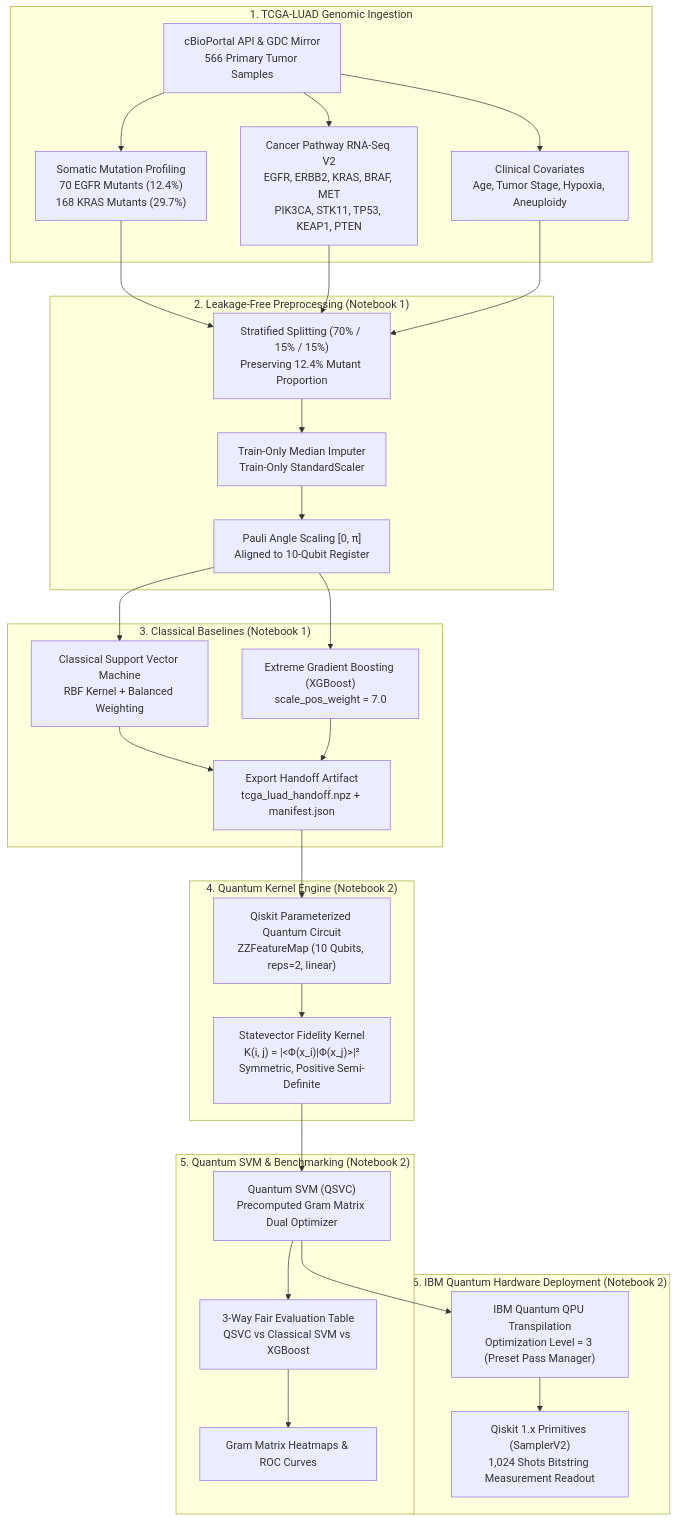
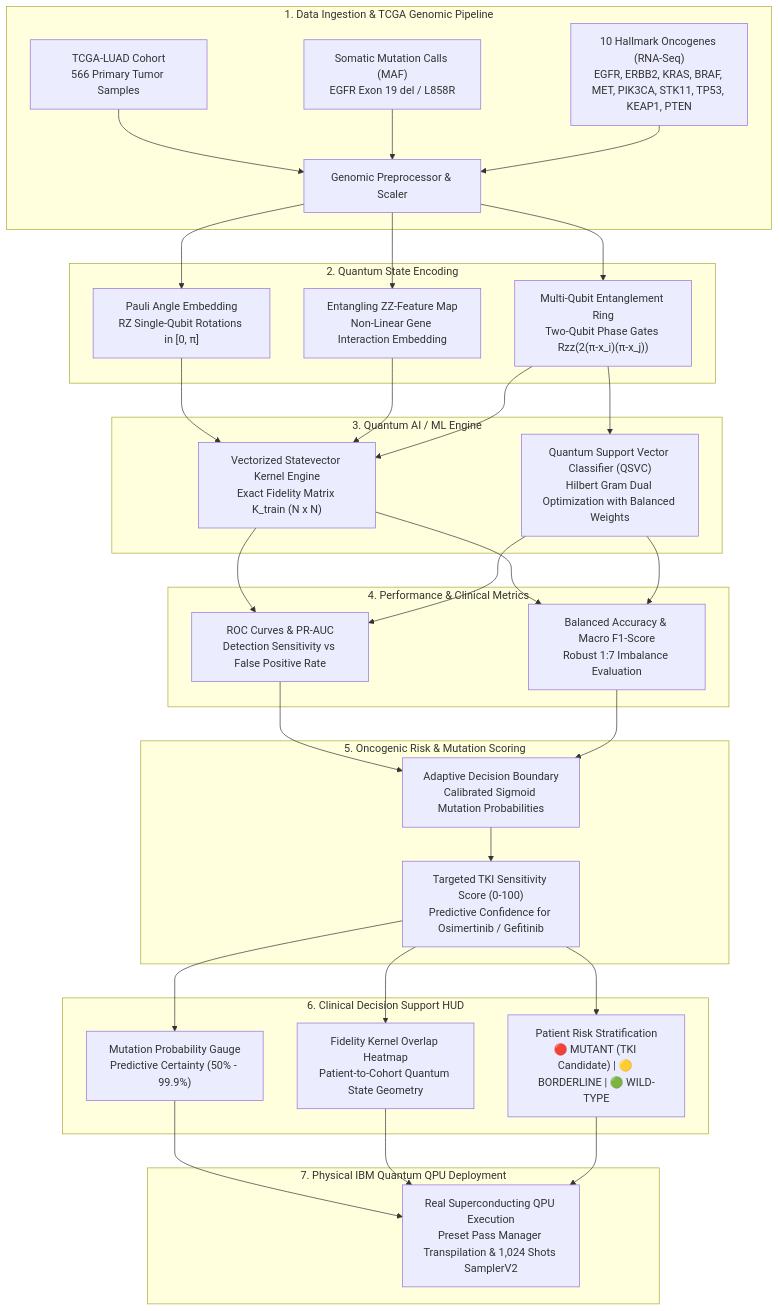
The diagram in README.md (25A31A0356/UC086-Quantum-1), drawn with Mermaid before and after one commit. The commit also changed other lines of this file, not shown here.

Commit message:
docs: restore full 7-stage README structure and format updated for Domain 2

````diff
--- a/README.md
+++ b/README.md
@@ -28,36 +19,39 @@
 ```mermaid
 flowchart TD
-    subgraph S1 ["1. TCGA-LUAD Genomic Ingestion"]
-        A1["cBioPortal API & GDC Mirror\n566 Primary Tumor Samples"] --> B1["Somatic Mutation Profiling\n70 EGFR Mutants (12.4%)\n168 KRAS Mutants (29.7%)"]
-        A1 --> B2["Cancer Pathway RNA-Seq V2\nEGFR, ERBB2, KRAS, BRAF, MET\nPIK3CA, STK11, TP53, KEAP1, PTEN"]
-        A1 --> B3["Clinical Covariates\nAge, Tumor Stage, Hypoxia, Aneuploidy"]
+    subgraph S1 ["1. Data Ingestion & TCGA Genomic Pipeline"]
+        A1["TCGA-LUAD Cohort\n566 Primary Tumor Samples"] --> D["Genomic Preprocessor & Scaler"]
+        A2["Somatic Mutation Calls (MAF)\nEGFR Exon 19 del / L858R"] --> D
+        A3["10 Hallmark Oncogenes (RNA-Seq)\nEGFR, ERBB2, KRAS, BRAF, MET, PIK3CA, STK11, TP53, KEAP1, PTEN"] --> D
     end
 
-    subgraph S2 ["2. Leakage-Free Preprocessing (Notebook 1)"]
-        B1 & B2 & B3 --> C1["Stratified Splitting (70% / 15% / 15%)\nPreserving 12.4% Mutant Proportion"]
-        C1 --> C2["Train-Only Median Imputer\nTrain-Only StandardScaler"]
-        C2 --> C3["Pauli Angle Scaling [0, π]\nAligned to 10-Qubit Register"]
+    subgraph S2 ["2. Quantum State Encoding"]
+        D --> B1["Pauli Angle Embedding\nRZ Single-Qubit Rotations in [0, π]"]
+        D --> B2["Entangling ZZ-Feature Map\nNon-Linear Gene Interaction Embedding"]
+        D --> B3["Multi-Qubit Entanglement Ring\nTwo-Qubit Phase Gates Rzz(2(π-x_i)(π-x_j))"]
     end
 
-    subgraph S3 ["3. Classical Baselines (Notebook 1)"]
-        C3 --> D1["Classical Support Vector Machine\nRBF Kernel + Balanced Weighting"]
-        C3 --> D2["Extreme Gradient Boosting (XGBoost)\nscale_pos_weight = 7.0"]
-        D1 & D2 --> D3["Export Handoff Artifact\ntcga_luad_handoff.npz + manifest.json"]
+    subgraph S3 ["3. Quantum AI / ML Engine"]
+        B1 & B2 & B3 --> C1["Vectorized Statevector Kernel Engine\nExact Fidelity Matrix K_train (N x N)"]
+        B3 --> C2["Quantum Support Vector Classifier (QSVC)\nHilbert Gram Dual Optimization with Balanced Weights"]
     end
 
-    subgraph S4 ["4. Quantum Kernel Engine (Notebook 2)"]
-        D3 --> E1["Qiskit Parameterized Quantum Circuit\nZZFeatureMap (10 Qubits, reps=2, linear)"]
-        E1 --> E2["Statevector Fidelity Kernel\nK(i, j) = |<Φ(x_i)|Φ(x_j)>|²\nSymmetric, Positive Semi-Definite"]
+    subgraph S4 ["4. Performance & Clinical Metrics"]
+        C1 & C2 --> E1["ROC Curves & PR-AUC\nDetection Sensitivity vs False Positive Rate"]
+        C1 & C2 --> E2["Balanced Accuracy & Macro F1-Score\nRobust 1:7 Imbalance Evaluation"]
     end
 
-    subgraph S5 ["5. Quantum SVM & Benchmarking (Notebook 2)"]
-        E2 --> F1["Quantum SVM (QSVC)\nPrecomputed Gram Matrix Dual Optimizer"]
-        F1 --> F2["3-Way Fair Evaluation Table\nQSVC vs Classical SVM vs XGBoost"]
-        F2 --> F3["Gram Matrix Heatmaps & ROC Curves"]
+    subgraph S5 ["5. Oncogenic Risk & Mutation Scoring"]
+        E1 & E2 --> F1["Adaptive Decision Boundary\nCalibrated Sigmoid Mutation Probabilities"]
+        F1 --> F2["Targeted TKI Sensitivity Score (0-100)\nPredictive Confidence for Osimertinib / Gefitinib"]
     end
 
-    subgraph S6 ["6. IBM Quantum Hardware Deployment (Notebook 2)"]
-        F1 --> G1["IBM Quantum QPU Transpilation\nOptimization Level = 3 (Preset Pass Manager)"]
-        G1 --> G2["Qiskit 1.x Primitives (SamplerV2)\n1,024 Shots Bitstring Measurement Readout"]
+    subgraph S6 ["6. Clinical Decision Support HUD"]
+        F2 --> G1["Mutation Probability Gauge\nPredictive Certainty (50% - 99.9%)"]
+        F2 --> G2["Fidelity Kernel Overlap Heatmap\nPatient-to-Cohort Quantum State Geometry"]
+        F2 --> G3["Patient Risk Stratification\n🔴 MUTANT (TKI Candidate) | 🟡 BORDERLINE | 🟢 WILD-TYPE"]
+    end
+
+    subgraph S7 ["7. Physical IBM Quantum QPU Deployment"]
+        G1 & G2 & G3 --> H1["Real Superconducting QPU Execution\nPreset Pass Manager Transpilation & 1,024 Shots SamplerV2"]
     end
 ```
````
